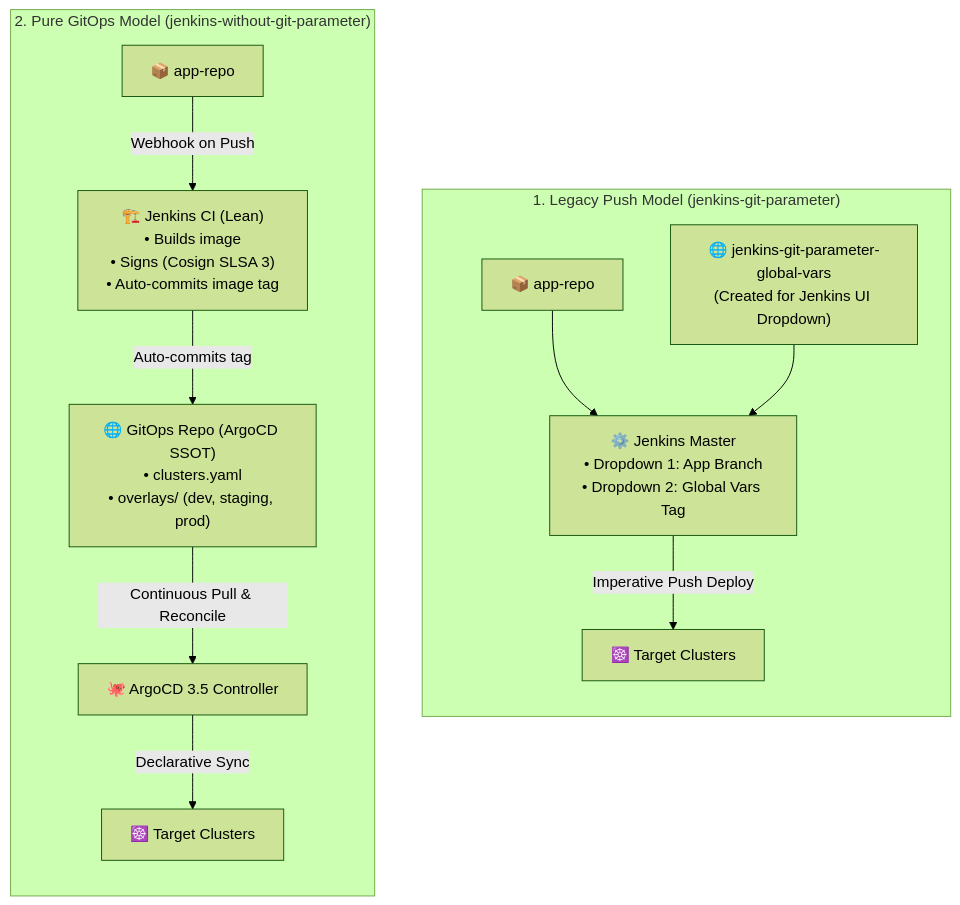
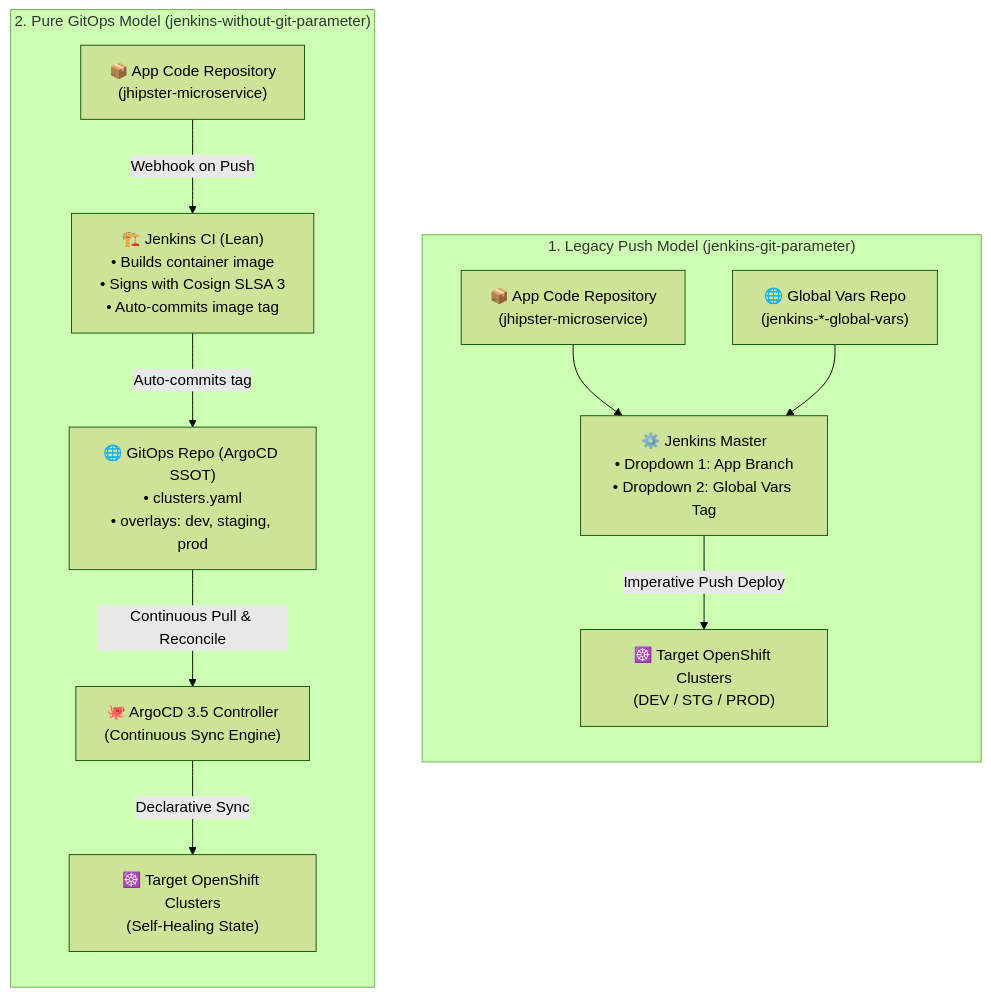
One commit to nubenetes/jenkins-without-git-parameter changed the second of 11 diagrams in README.md. Above: the diagram before and after it, drawn with Mermaid (forest theme). The commit also changed other lines of this file, not shown here.

Commit message:
docs: optimize Mermaid diagram text wrapping, line breaks, and labels to prevent text truncation

````diff
--- a/README.md
+++ b/README.md
@@ -252,28 +252,28 @@
 ```mermaid
 flowchart TB
     subgraph LegacyModel["1. Legacy Push Model (jenkins-git-parameter)"]
         direction TB
-        AppRepo1["📦 app-repo"]
-        GlobalVars1["🌐 jenkins-git-parameter-global-vars<br/>(Created for Jenkins UI Dropdown)"]
+        AppRepo1["📦 App Code Repository<br/>(jhipster-microservice)"]
+        GlobalVars1["🌐 Global Vars Repo<br/>(jenkins-*-global-vars)"]
         Jenkins1["⚙️ Jenkins Master<br/>• Dropdown 1: App Branch<br/>• Dropdown 2: Global Vars Tag"]
-        Cluster1["☸️ Target Clusters"]
+        Cluster1["☸️ Target OpenShift Clusters<br/>(DEV / STG / PROD)"]
 
         AppRepo1 --> Jenkins1
         GlobalVars1 --> Jenkins1
-        Jenkins1 -->|Imperative Push Deploy| Cluster1
+        Jenkins1 -->|"Imperative Push Deploy"| Cluster1
     end
 
     subgraph GitOpsModel["2. Pure GitOps Model (jenkins-without-git-parameter)"]
         direction TB
-        AppRepo2["📦 app-repo"]
-        Jenkins2["🏗️ Jenkins CI (Lean)<br/>• Builds image<br/>• Signs (Cosign SLSA 3)<br/>• Auto-commits image tag"]
-        GitOpsRepo["🌐 GitOps Repo (ArgoCD SSOT)<br/>• clusters.yaml<br/>• overlays/ (dev, staging, prod)"]
-        ArgoCD["🐙 ArgoCD 3.5 Controller"]
-        Cluster2["☸️ Target Clusters"]
+        AppRepo2["📦 App Code Repository<br/>(jhipster-microservice)"]
+        Jenkins2["🏗️ Jenkins CI (Lean)<br/>• Builds container image<br/>• Signs with Cosign SLSA 3<br/>• Auto-commits image tag"]
+        GitOpsRepo["🌐 GitOps Repo (ArgoCD SSOT)<br/>• clusters.yaml<br/>• overlays: dev, staging, prod"]
+        ArgoCD["🐙 ArgoCD 3.5 Controller<br/>(Continuous Sync Engine)"]
+        Cluster2["☸️ Target OpenShift Clusters<br/>(Self-Healing State)"]
 
-        AppRepo2 -->|Webhook on Push| Jenkins2
-        Jenkins2 -->|Auto-commits tag| GitOpsRepo
+        AppRepo2 -->|"Webhook on Push"| Jenkins2
+        Jenkins2 -->|"Auto-commits tag"| GitOpsRepo
         GitOpsRepo -->|"Continuous Pull & Reconcile"| ArgoCD
-        ArgoCD -->|Declarative Sync| Cluster2
+        ArgoCD -->|"Declarative Sync"| Cluster2
     end
 ```
````
